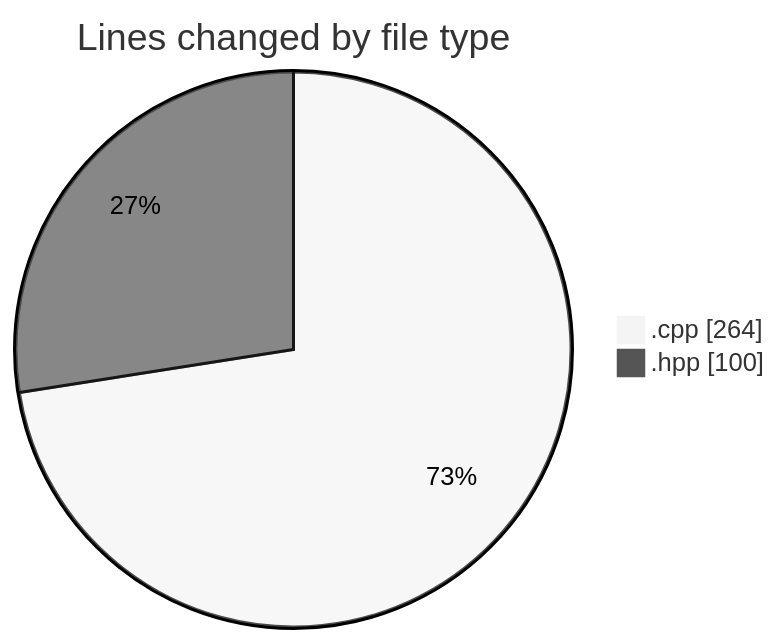
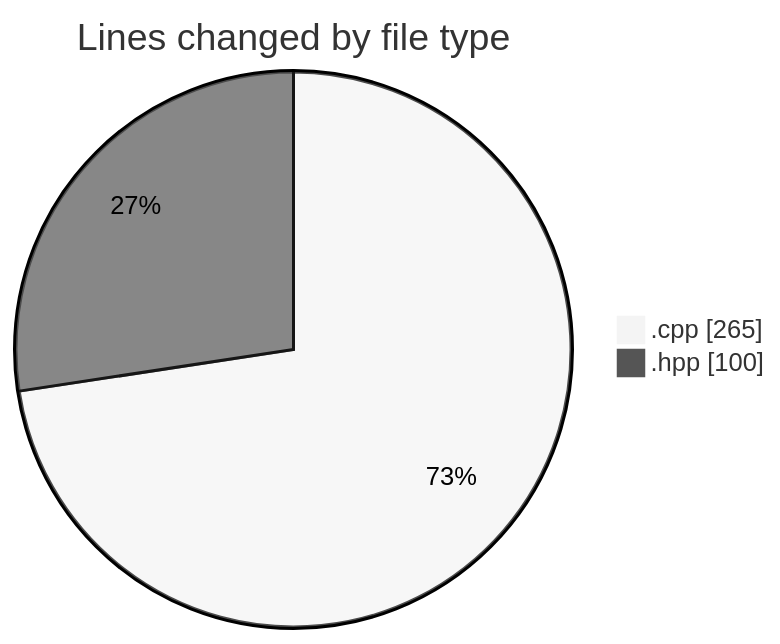
Before and after one commit to Netris89/code-tracking: the first of 2 diagrams in 2025-04-25/echo/README.md, drawn with Mermaid (neutral theme). The commit also changed other lines of this file and 1 other file, not shown here.

````diff
--- a/2025-04-25/echo/README.md
+++ b/2025-04-25/echo/README.md
@@ -21,6 +21,6 @@
 ```mermaid
 pie showData
 title Lines changed by file type
-".cpp" : 264
+".cpp" : 265
 ".hpp" : 100
 ```
````
